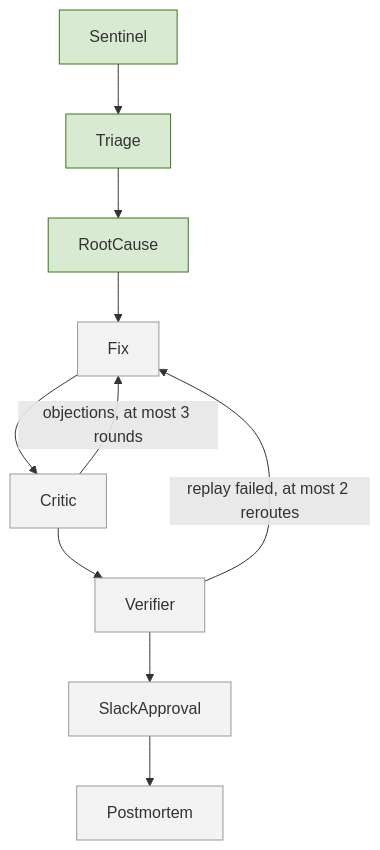
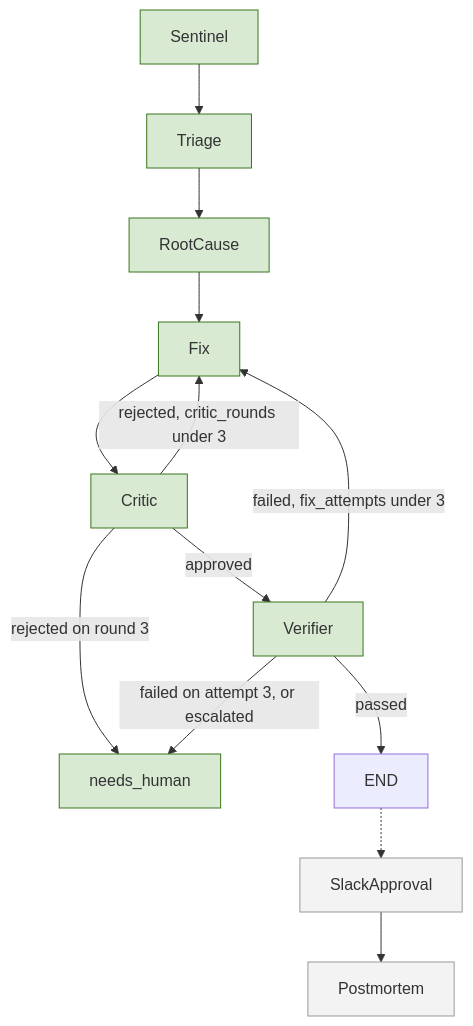
One commit to hamidmatiny/MERIDIAN changed the diagram in README.md. Above: the diagram before and after it, drawn with Mermaid. The commit also changed other lines of this file and 59 other files, not shown here.

Commit message:
Add a sandboxed Fix, Critic, and Verifier loop so a remediation is reviewed and replayed before anyone is asked to merge it.

````diff
--- a/README.md
+++ b/README.md
@@ -11,20 +11,26 @@
 ```mermaid
 flowchart TD
   sentinel[Sentinel]
   triage[Triage]
   rootCause[RootCause]
   fix[Fix]
   critic[Critic]
   verifier[Verifier]
+  human[needs_human]
   slack[SlackApproval]
   postmortem[Postmortem]
 
-  sentinel --> triage --> rootCause --> fix --> critic --> verifier --> slack --> postmortem
-  critic -->|"objections, at most 3 rounds"| fix
-  verifier -->|"replay failed, at most 2 reroutes"| fix
+  sentinel --> triage --> rootCause --> fix --> critic
+  critic -->|"approved"| verifier
+  critic -->|"rejected, critic_rounds under 3"| fix
+  critic -->|"rejected on round 3"| human
+  verifier -->|"passed"| done[END]
+  verifier -->|"failed, fix_attempts under 3"| fix
+  verifier -->|"failed on attempt 3, or escalated"| human
+  done -.-> slack --> postmortem
 
   classDef built fill:#d9ead3,stroke:#38761d
   classDef planned fill:#f3f3f3,stroke:#999
-  class sentinel,triage,rootCause built
-  class fix,critic,verifier,slack,postmortem planned
+  class sentinel,triage,rootCause,fix,critic,verifier,human built
+  class slack,postmortem planned
 ```
````
